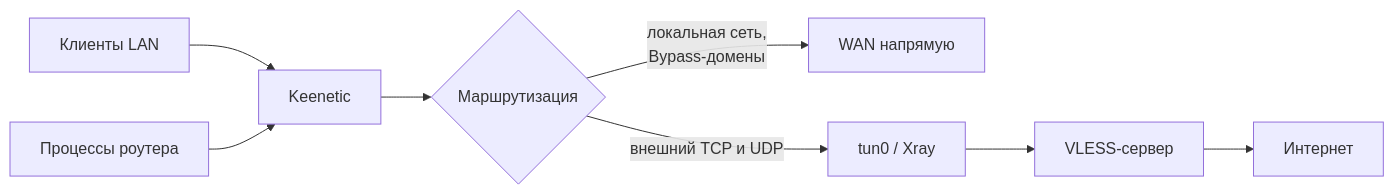
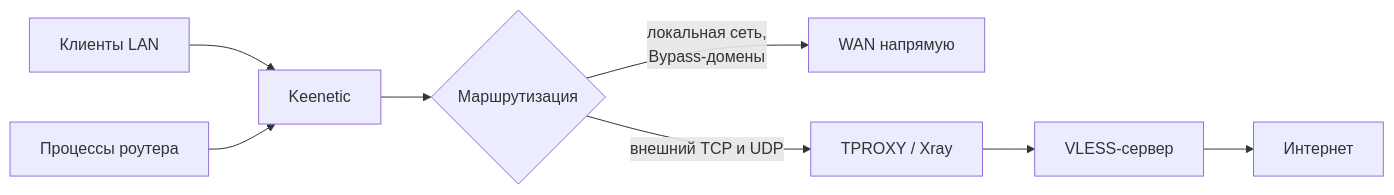
Before and after one commit to wad350/vless-manager: the diagram in docs/USER_GUIDE.md, drawn with Mermaid. The commit also changed other lines of this file and 104 other files, not shown here.

````diff
--- a/docs/USER_GUIDE.md
+++ b/docs/USER_GUIDE.md
@@ -9,10 +10,10 @@
 ```mermaid
 flowchart LR
     LAN["Клиенты LAN"] --> ROUTER["Keenetic"]
     LOCAL["Процессы роутера"] --> ROUTER
     ROUTER --> RULES{"Маршрутизация"}
     RULES -->|"локальная сеть,<br/>Bypass-домены"| WAN["WAN напрямую"]
-    RULES -->|"внешний TCP и UDP"| TUN["tun0 / Xray"]
+    RULES -->|"внешний TCP и UDP"| TUN["TPROXY / Xray"]
     TUN --> VLESS["VLESS-сервер"]
     VLESS --> INTERNET["Интернет"]
 ```
````
